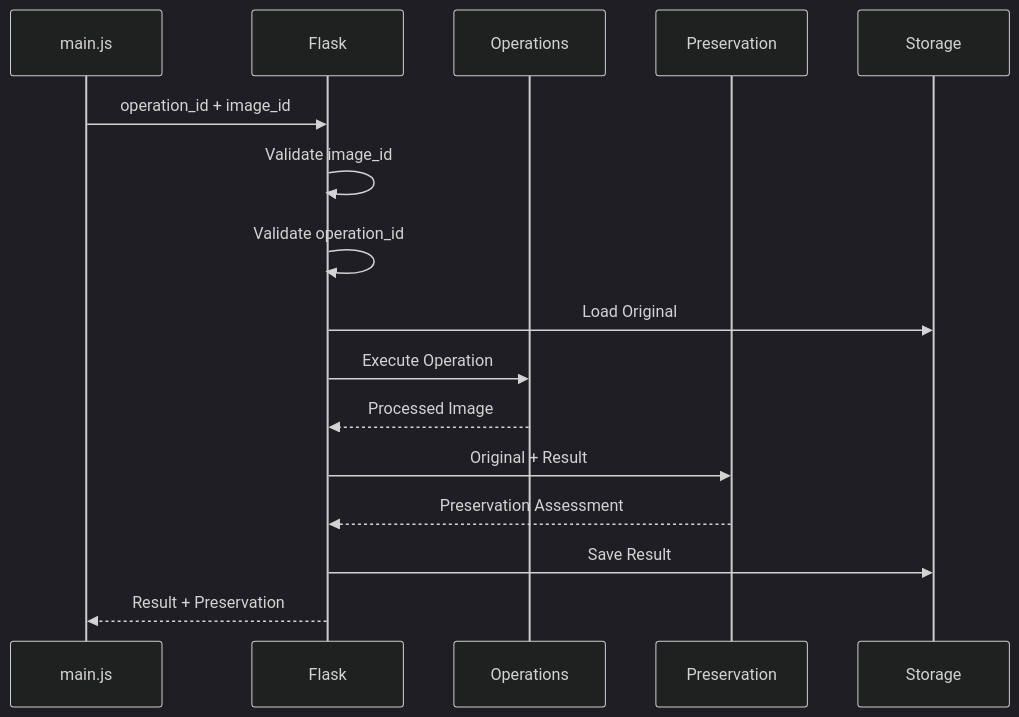
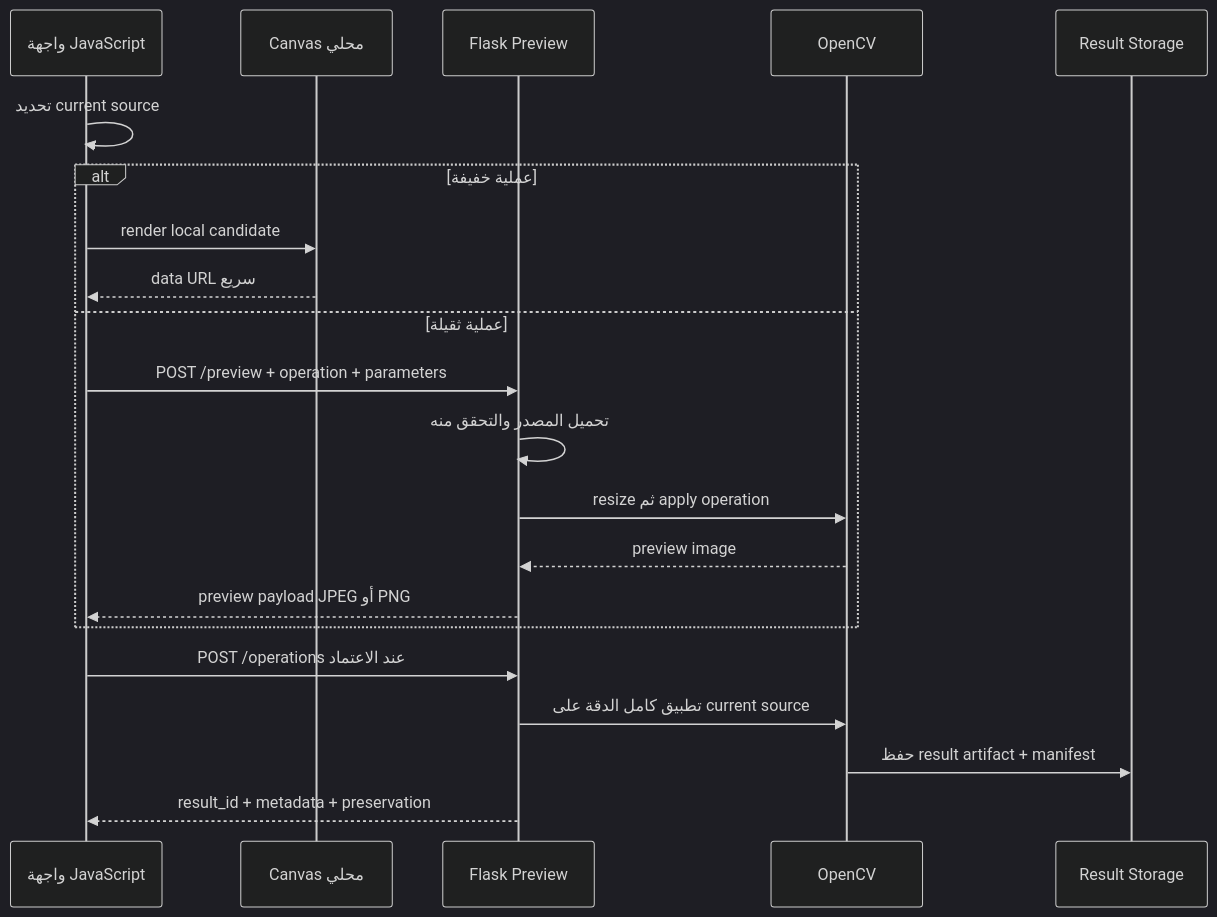
The fifth of 9 diagrams in docs/architecture.md (Alhareith/manuscript-doctor), drawn with Mermaid (dark theme) before and after one commit. The commit also changed other lines of this file and 168 other files, not shown here.

````diff
--- a/docs/architecture.md
+++ b/docs/architecture.md
@@ -568,19 +228,24 @@
 ```mermaid
 sequenceDiagram
-    participant JS as main.js
-    participant F as Flask
-    participant O as Operations
-    participant P as Preservation
-    participant S as Storage
+    participant UI as واجهة JavaScript
+    participant L as Canvas محلي
+    participant F as Flask Preview
+    participant CV as OpenCV
+    participant S as Result Storage
 
-    JS->>F: operation_id + image_id
-    F->>F: Validate image_id
-    F->>F: Validate operation_id
-    F->>S: Load Original
-    F->>O: Execute Operation
-    O-->>F: Processed Image
-    F->>P: Original + Result
-    P-->>F: Preservation Assessment
-    F->>S: Save Result
-    F-->>JS: Result + Preservation
+    UI->>UI: تحديد current source
+    alt عملية خفيفة
+        UI->>L: render local candidate
+        L-->>UI: data URL سريع
+    else عملية ثقيلة
+        UI->>F: POST /preview + operation + parameters
+        F->>F: تحميل المصدر والتحقق منه
+        F->>CV: resize ثم apply operation
+        CV-->>F: preview image
+        F-->>UI: preview payload JPEG أو PNG
+    end
+    UI->>F: POST /operations عند الاعتماد
+    F->>CV: تطبيق كامل الدقة على current source
+    CV->>S: حفظ result artifact + manifest
+    F-->>UI: result_id + metadata + preservation
 ```
````
